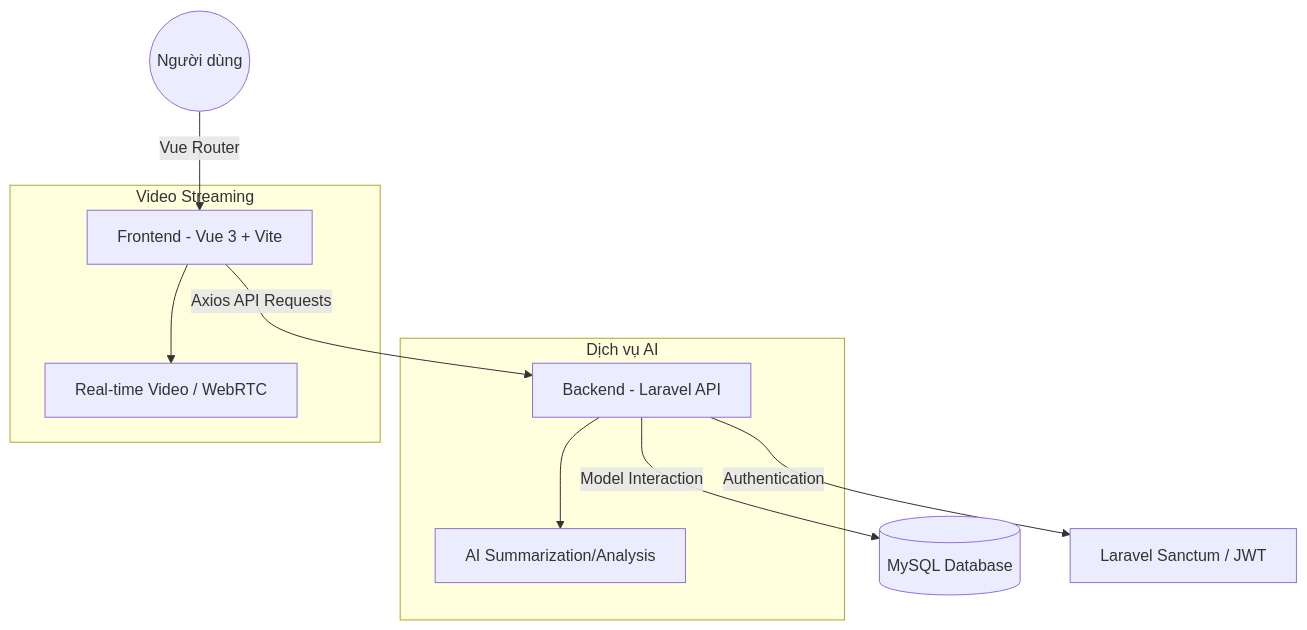
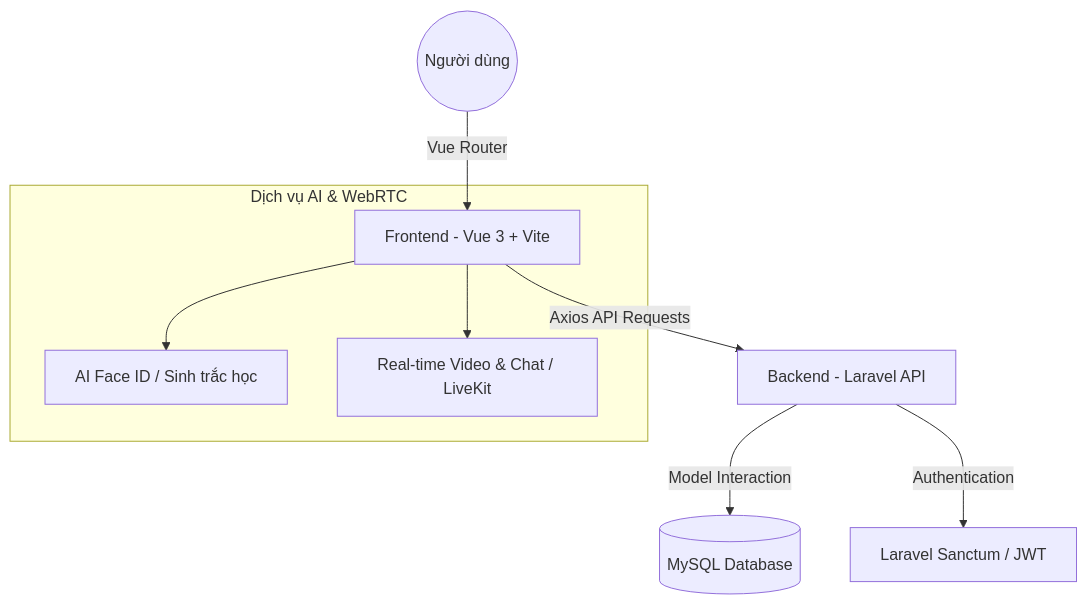
Before and after one commit to KLTN-03-2026/GR62: the diagram in README.md, drawn with Mermaid. The commit also changed other lines of this file and 5 other files, not shown here.

````diff
--- a/README.md
+++ b/README.md
@@ -49,15 +50,12 @@
 ```mermaid
 graph TD
     User((Người dùng)) -->|Vue Router| Frontend[Frontend - Vue 3 + Vite]
     Frontend -->|Axios API Requests| Backend[Backend - Laravel API]
     Backend -->|Model Interaction| Database[(MySQL Database)]
     Backend -->|Authentication| Sanctum[Laravel Sanctum / JWT]
     
-    subgraph "Dịch vụ AI"
-        Backend --> AI_Service[AI Summarization/Analysis]
-    end
-    
-    subgraph "Video Streaming"
-        Frontend --> WebRTC[Real-time Video / WebRTC]
+    subgraph "Dịch vụ AI & WebRTC"
+        Frontend --> FaceAPI[AI Face ID / Sinh trắc học]
+        Frontend --> WebRTC[Real-time Video & Chat / LiveKit]
     end
 ```
````
